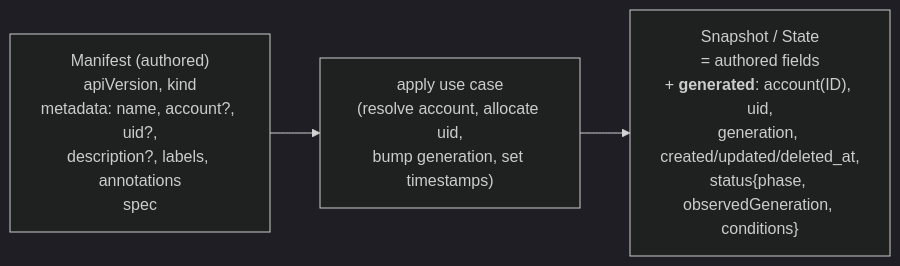
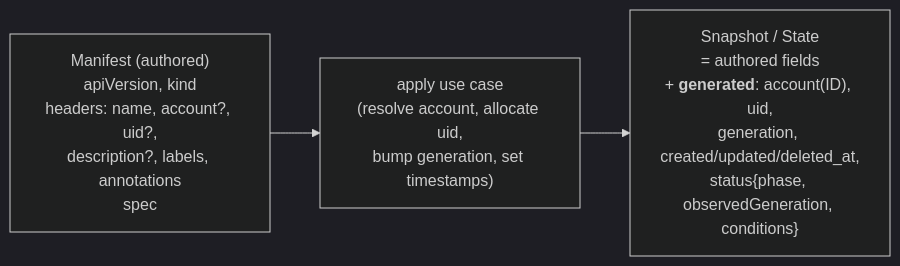
Before and after one commit to kamu-data/kamu-cli: the second of 7 diagrams in docs/internal/resources-framework.md, drawn with Mermaid (dark theme). The commit also changed other lines of this file and 102 other files, not shown here.

Commit message:
`metadata` => `headers`

````diff
--- a/docs/internal/resources-framework.md
+++ b/docs/internal/resources-framework.md
@@ -387,7 +403,7 @@
 ```mermaid
 flowchart LR
-    M["Manifest (authored)<br/>apiVersion, kind<br/>metadata: name, account?, uid?,<br/>description?, labels, annotations<br/>spec"]
+    M["Manifest (authored)<br/>apiVersion, kind<br/>headers: name, account?, uid?,<br/>description?, labels, annotations<br/>spec"]
     A["apply use case<br/>(resolve account, allocate uid,<br/>bump generation, set timestamps)"]
     S["Snapshot / State<br/>= authored fields<br/>+ <b>generated</b>: account(ID), uid,<br/>generation, created/updated/deleted_at,<br/>status{phase, observedGeneration, conditions}"]
     M --> A --> S
 ```
````
